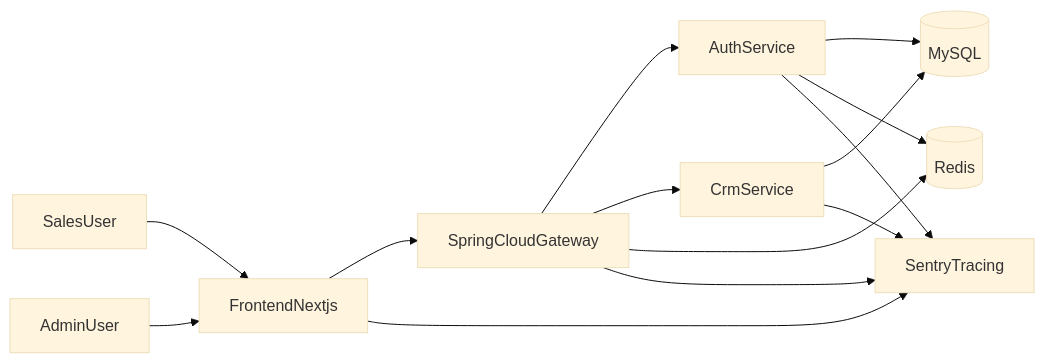
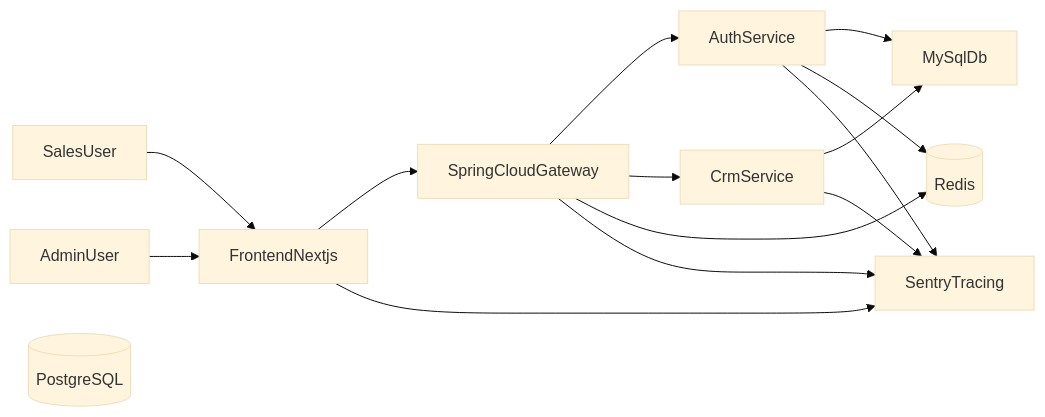
One commit to huylekha/SpringCRM changed the first of 5 diagrams in docs/architecture/microservice-architecture-diagram.md. Above: the diagram before and after it, drawn with Mermaid (base theme). The commit also changed other lines of this file and 24 other files, not shown here.

````diff
--- a/docs/architecture/microservice-architecture-diagram.md
+++ b/docs/architecture/microservice-architecture-diagram.md
@@ -7,26 +7,26 @@
 ```mermaid
 flowchart LR
   SalesUser[SalesUser]
   AdminUser[AdminUser]
   FrontendApp[FrontendNextjs]
   ApiGateway[SpringCloudGateway]
   AuthService[AuthService]
   CrmService[CrmService]
-  MySqlDb[(MySQL)]
+  PostgresDb[(PostgreSQL)]
   RedisCache[(Redis)]
   SentryObs[SentryTracing]
 
   SalesUser --> FrontendApp
   AdminUser --> FrontendApp
   FrontendApp --> ApiGateway
   ApiGateway --> AuthService
   ApiGateway --> CrmService
   AuthService --> MySqlDb
   CrmService --> MySqlDb
   AuthService --> RedisCache
   ApiGateway --> RedisCache
   FrontendApp --> SentryObs
   AuthService --> SentryObs
   CrmService --> SentryObs
   ApiGateway --> SentryObs
 ```
````
